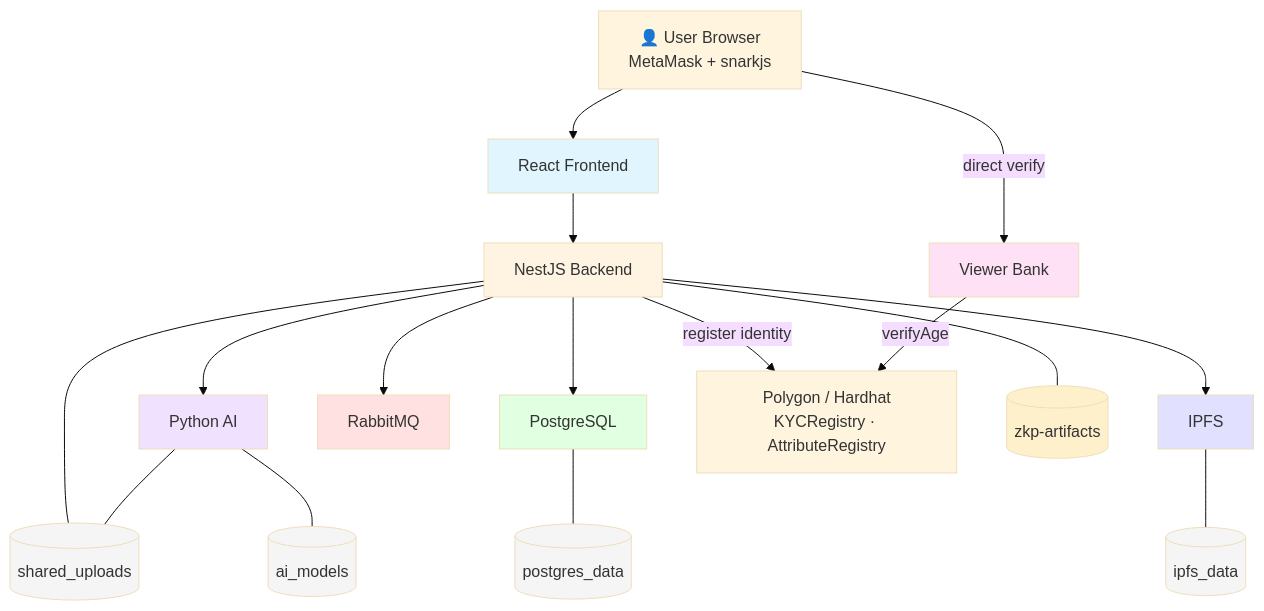
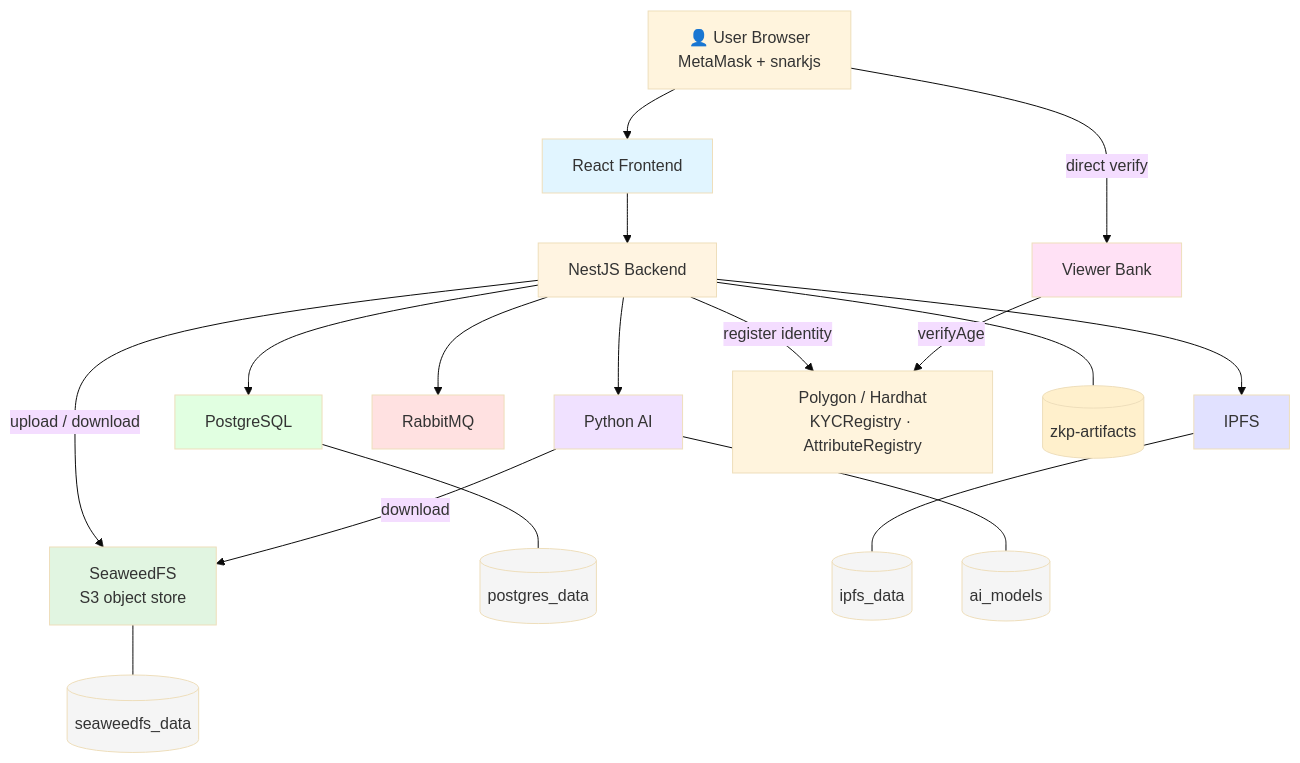
The diagram in Thesis/Digrams/Docker.md (imanhmz/ekyc), drawn with Mermaid (base theme) before and after one commit. The commit also changed 3 other files, not shown here.

Commit message:
modify docker and architecture image based on seaweed

````diff
--- a/Thesis/Digrams/Docker.md
+++ b/Thesis/Digrams/Docker.md
@@ -1,42 +1,47 @@
 ```mermaid
  graph TD
     USER[👤 User Browser\nMetaMask + snarkjs]
     C6[React Frontend]
     C4[NestJS Backend]
     C5[Python AI]
     C1[PostgreSQL]
     C2[RabbitMQ]
     C3[IPFS]
     C7[Viewer Bank]
+    C8[SeaweedFS\nS3 object store]
     BC[Polygon / Hardhat\nKYCRegistry · AttributeRegistry]
     V1[(postgres_data)]
     V2[(ipfs_data)]
-    V3[(shared_uploads)]
+    V3[(seaweedfs_data)]
     V4[(ai_models)]
     V5[(zkp-artifacts)]
 
     USER --> C6 --> C4
     C4 --> C5
     C4 --> C1 & C2 & C3
+    C4 -->|upload / download| C8
+    C5 -->|download| C8
     C4 -->|register identity| BC
     C7 -->|verifyAge| BC
     USER -->|direct verify| C7
     C1 --- V1
     C3 --- V2
-    C4 --- V3 & V5
-    C5 --- V3 & V4
+    C8 --- V3
+    C5 --- V4
+    C4 --- V5
 
     style C1 fill:#e1ffe1
     style C2 fill:#ffe1e1
     style C3 fill:#e1e1ff
     style C4 fill:#fff4e1
     style C5 fill:#f0e1ff
     style C6 fill:#e1f5ff
     style C7 fill:#ffe1f5
+    style C8 fill:#e1f5e1
     style V1 fill:#f5f5f5
     style V2 fill:#f5f5f5
     style V3 fill:#f5f5f5
     style V4 fill:#f5f5f5
     style V5 fill:#fff0cc
 
 ```
````
